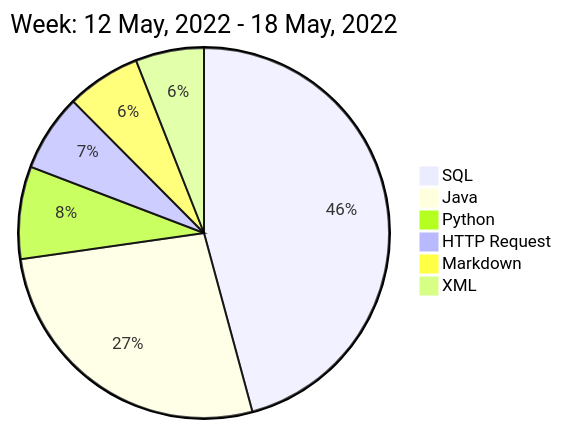
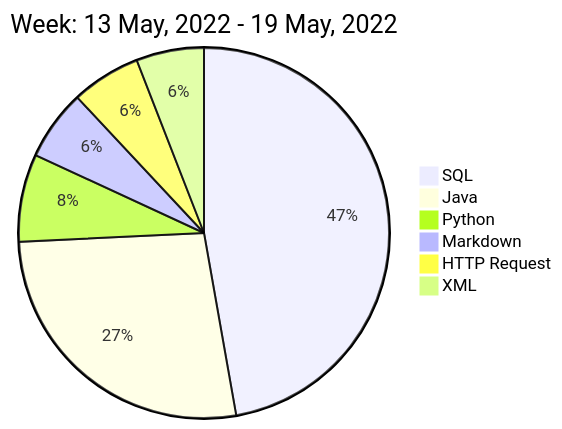
The diagram in README.md (liubin95/liubin95), drawn with Mermaid before and after one commit.

Commit message:
Updated the Graph with new Metrics

````diff
--- a/README.md
+++ b/README.md
@@ -40,10 +40,10 @@
 ```mermaid
  pie
-title Week: 12 May, 2022 - 18 May, 2022
- "SQL" : 8.97
- "Java" : 5.28
+title Week: 13 May, 2022 - 19 May, 2022
+ "SQL" : 9.75
+ "Java" : 5.58
  "Python" : 1.58
- "HTTP Request" : 1.32
  "Markdown" : 1.27
- "XML" : 1.17
+ "HTTP Request" : 1.25
+ "XML" : 1.22
 ```
````
